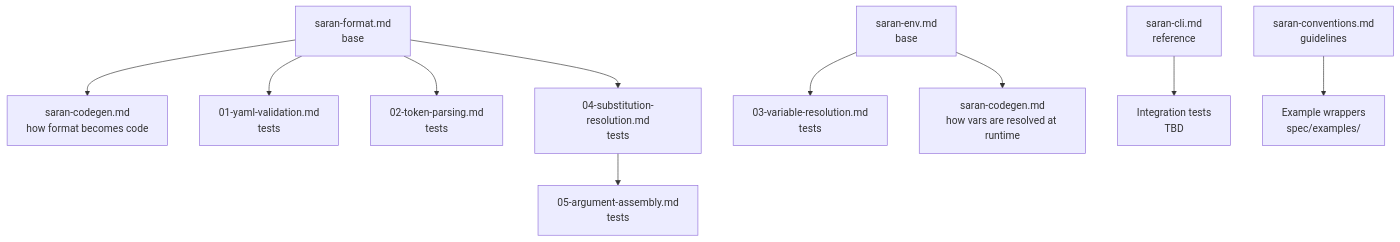
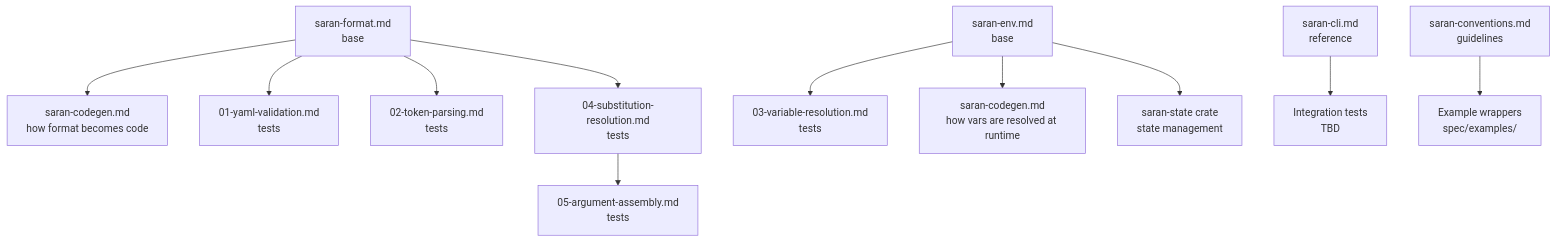
One commit to dsillman2000/saran changed the fourth of 5 diagrams in spec/INDEX.md. Above: the diagram before and after it, drawn with Mermaid. The commit also changed other lines of this file and 14 other files, not shown here.

````diff
--- a/spec/INDEX.md
+++ b/spec/INDEX.md
@@ -203,32 +205,35 @@
 ```mermaid
 graph TD
     A["saran-format.md<br/>base"]
     B["saran-codegen.md<br/>how format becomes code"]
     C["01-yaml-validation.md<br/>tests"]
     D["02-token-parsing.md<br/>tests"]
     E["04-substitution-resolution.md<br/>tests"]
     F["05-argument-assembly.md<br/>tests"]
 
     G["saran-env.md<br/>base"]
     H["03-variable-resolution.md<br/>tests"]
     I["saran-codegen.md<br/>how vars are resolved at runtime"]
+
+    GA["saran-state crate<br/>state management"]
 
     J["saran-cli.md<br/>reference"]
     K["Integration tests<br/>TBD"]
 
     L["saran-conventions.md<br/>guidelines"]
     M["Example wrappers<br/>spec/examples/"]
 
     A --> B
     A --> C
     A --> D
     A --> E
     E --> F
 
     G --> H
     G --> I
+    G --> GA
 
     J --> K
 
     L --> M
 ```
````
